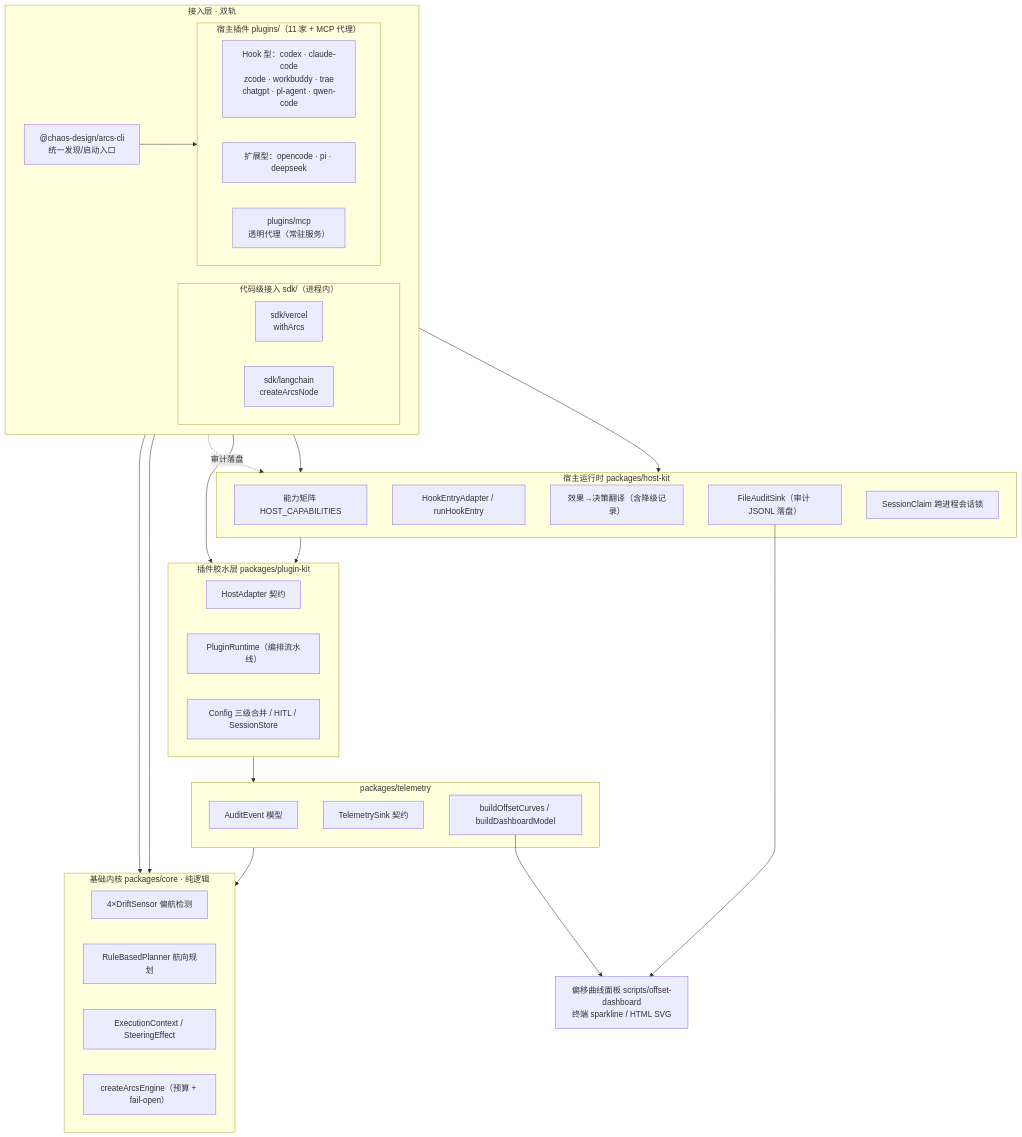
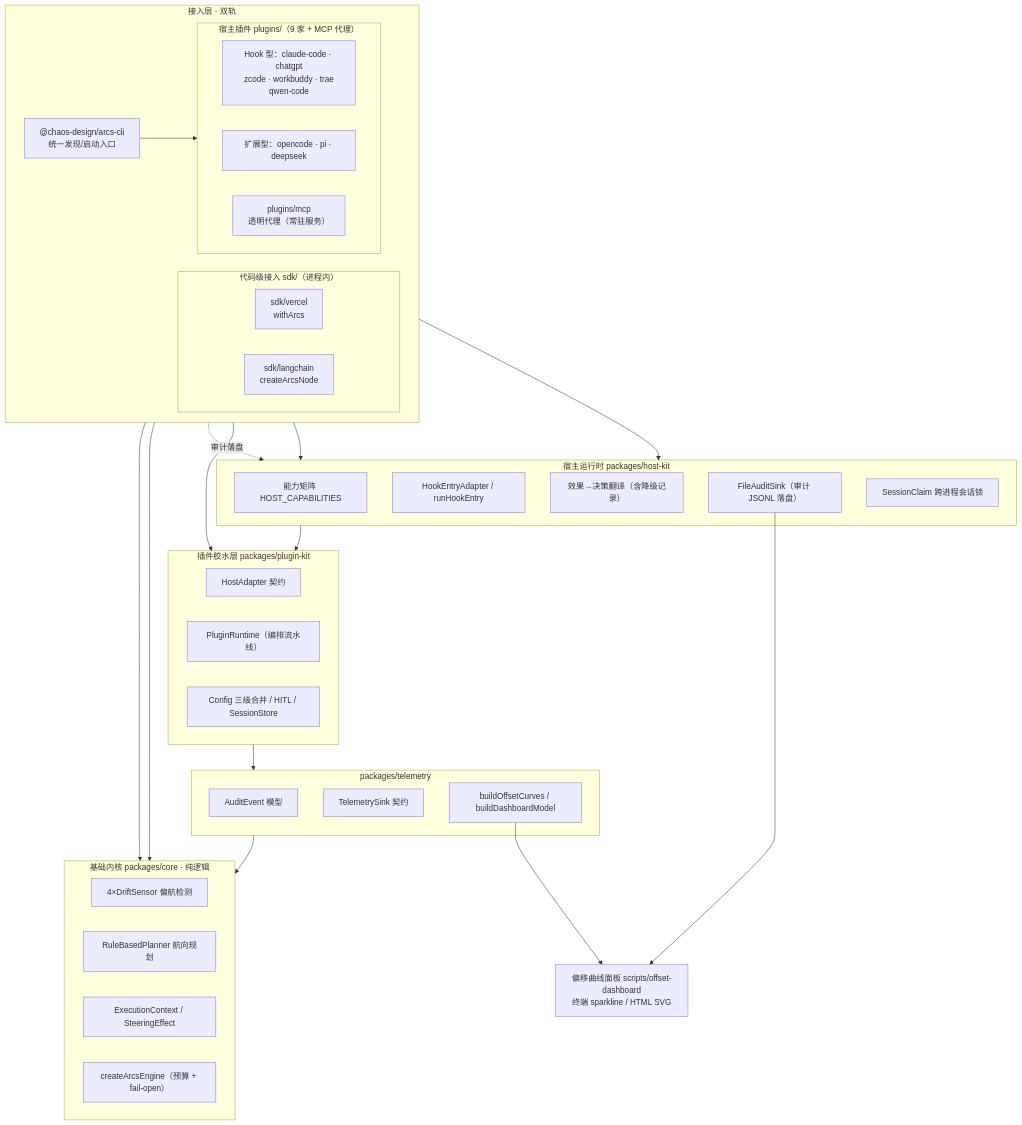
Before and after one commit to chaos-design/arcs: the first of 3 diagrams in docs/architecture.md, drawn with Mermaid. The commit also changed other lines of this file and 64 other files, not shown here.

First line of the commit message:
refactor(plugins): OpenAI 宿主统一为 chatgpt、Pi 宿主统一为 pi

````diff
--- a/docs/architecture.md
+++ b/docs/architecture.md
@@ -23,54 +23,54 @@
 ```mermaid
 flowchart TB
   subgraph L1["接入层 · 双轨"]
     direction LR
     subgraph SDK["代码级接入 sdk/（进程内）"]
       SV["sdk/vercel<br/>withArcs"]
       SL["sdk/langchain<br/>createArcsNode"]
     end
-    subgraph PL["宿主插件 plugins/（11 家 + MCP 代理）"]
+    subgraph PL["宿主插件 plugins/（9 家 + MCP 代理）"]
       direction LR
-      NATIVE["Hook 型：codex · claude-code<br/>zcode · workbuddy · trae<br/>chatgpt · pl-agent · qwen-code"]
+      NATIVE["Hook 型：claude-code · chatgpt<br/>zcode · workbuddy · trae<br/>qwen-code"]
       EXT["扩展型：opencode · pi · deepseek"]
       MCPP["plugins/mcp<br/>透明代理（常驻服务）"]
     end
     CLI["@chaos-design/arcs-cli<br/>统一发现/启动入口"]
   end
   subgraph HK["宿主运行时 packages/host-kit"]
     CAP["能力矩阵 HOST_CAPABILITIES"]
     HOOK["HookEntryAdapter / runHookEntry"]
     DEC["效果→决策翻译（含降级记录）"]
     AUDIT["FileAuditSink（审计 JSONL 落盘）"]
     CLAIM["SessionClaim 跨进程会话锁"]
   end
   subgraph KIT["插件胶水层 packages/plugin-kit"]
     HA["HostAdapter 契约"]
     RT["PluginRuntime（编排流水线）"]
     BR["Config 三级合并 / HITL / SessionStore"]
   end
   subgraph TELE["packages/telemetry"]
     AE["AuditEvent 模型"]
     TS["TelemetrySink 契约"]
     CURVE["buildOffsetCurves / buildDashboardModel"]
   end
   subgraph CORE["基础内核 packages/core · 纯逻辑"]
     SENSE["4×DriftSensor 偏航检测"]
     PLAN["RuleBasedPlanner 航向规划"]
     MODEL["ExecutionContext / SteeringEffect"]
     ENG["createArcsEngine（预算 + fail-open）"]
   end
   DASH["偏移曲线面板 scripts/offset-dashboard<br/>终端 sparkline / HTML SVG"]
 
   NATIVE --> HK
   EXT --> HK
   MCPP --> KIT
   MCPP -.审计落盘.-> HK
   HK --> KIT
   KIT --> TELE
   TELE --> CORE
   SV --> CORE
   SL --> CORE
   CLI --> MCPP
   AUDIT --> DASH
   CURVE --> DASH
 ```
````
